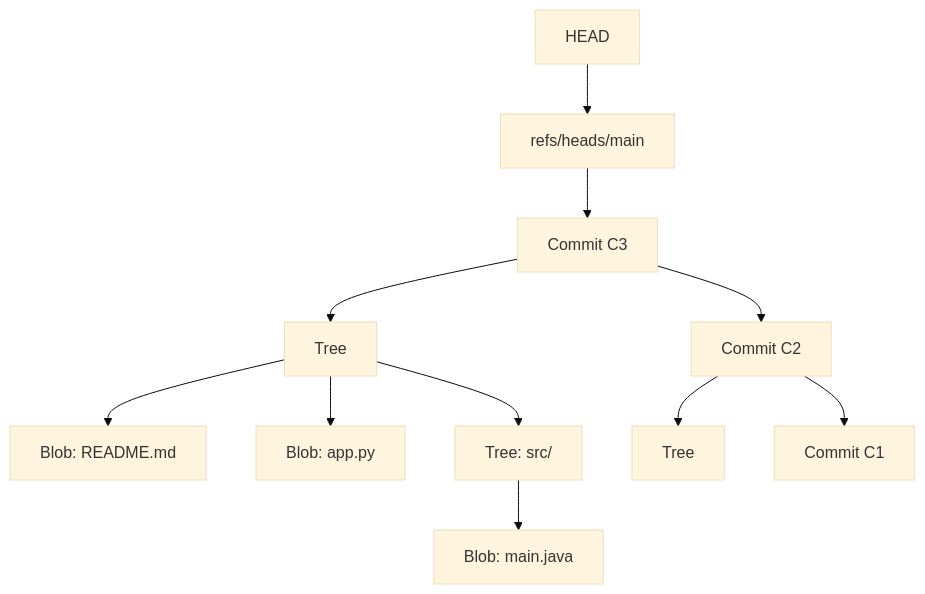
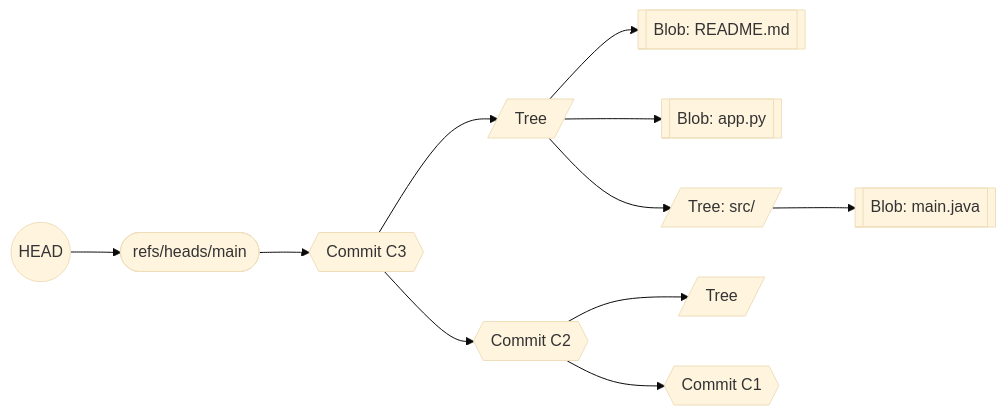
One commit to saivamsikaruturi/vamsilabs-dev-notes-main changed the first of 6 diagrams in docs/git.md. Above: the diagram before and after it, drawn with Mermaid (base theme). The commit also changed 146 other files, not shown here.

Commit message:
Horizontal diagrams, UML class diagrams, typography overhaul, and permalink cleanup

````diff
--- a/docs/git.md
+++ b/docs/git.md
@@ -22,13 +22,13 @@
 ```mermaid
-graph TD
-    HEAD --> main[refs/heads/main]
-    main --> C3[Commit C3]
-    C3 --> T3[Tree]
-    C3 --> C2[Commit C2]
-    T3 --> B1[Blob: README.md]
-    T3 --> B2[Blob: app.py]
-    T3 --> ST[Tree: src/]
-    ST --> B3[Blob: main.java]
-    C2 --> T2[Tree]
-    C2 --> C1[Commit C1]
+flowchart LR
+    HEAD(("HEAD")) --> main(["refs/heads/main"])
+    main --> C3{{"Commit C3"}}
+    C3 --> T3[/"Tree"/]
+    C3 --> C2{{"Commit C2"}}
+    T3 --> B1[["Blob: README.md"]]
+    T3 --> B2[["Blob: app.py"]]
+    T3 --> ST[/"Tree: src/"/]
+    ST --> B3[["Blob: main.java"]]
+    C2 --> T2[/"Tree"/]
+    C2 --> C1{{"Commit C1"}}
 ```
````
